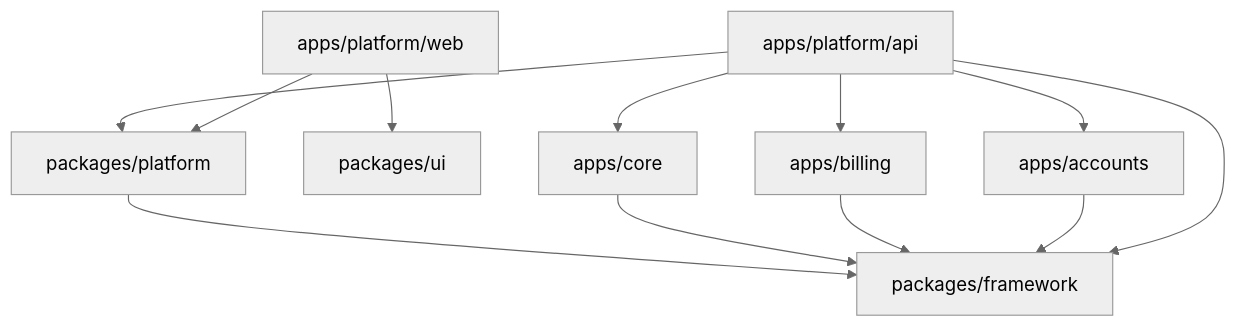
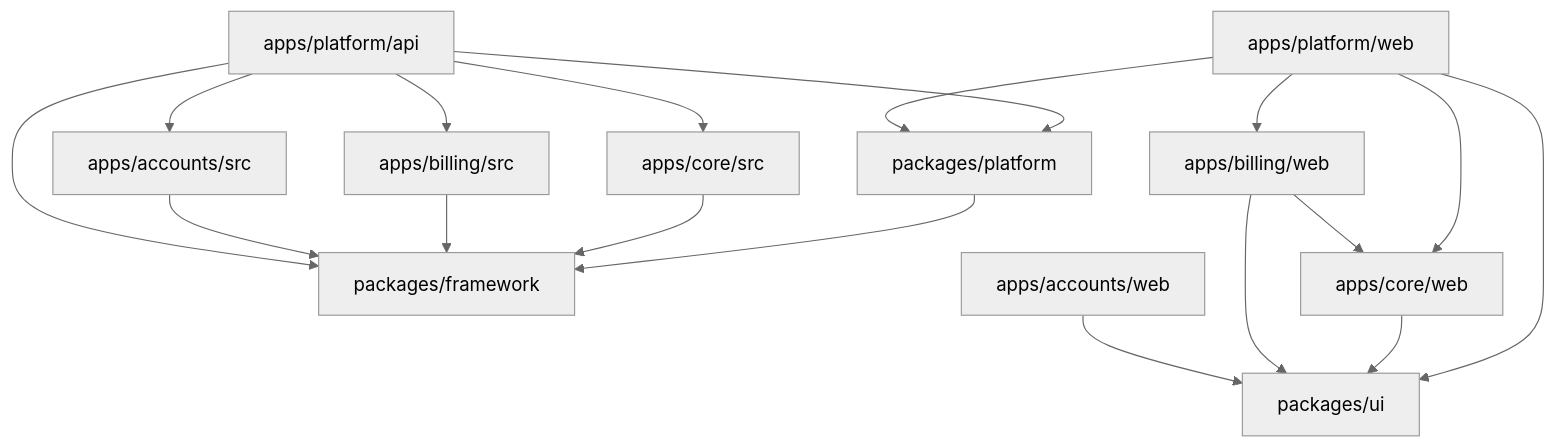
One commit to PREFIQ/codexsun-v2 changed the diagram in assist/architecture/module-boundaries.md. Above: the diagram before and after it, drawn with Mermaid (neutral theme). The commit also changed other lines of this file and 200 other files, not shown here.

````diff
--- a/assist/architecture/module-boundaries.md
+++ b/assist/architecture/module-boundaries.md
@@ -163,23 +241,32 @@
 ```mermaid
 graph TD
   framework[packages/framework]
   platform[packages/platform]
   ui[packages/ui]
-  core[apps/core]
-  billing[apps/billing]
-  accounts[apps/accounts]
+  core[apps/core/src]
+  coreweb[apps/core/web]
+  billing[apps/billing/src]
+  billingweb[apps/billing/web]
+  accounts[apps/accounts/src]
+  accountsweb[apps/accounts/web]
   api[apps/platform/api]
   web[apps/platform/web]
 
   platform --> framework
   core --> framework
   billing --> framework
   accounts --> framework
   api --> framework
   api --> platform
   api --> core
   api --> billing
   api --> accounts
   web --> platform
   web --> ui
+  web --> coreweb
+  web --> billingweb
+  coreweb --> ui
+  billingweb --> ui
+  billingweb --> coreweb
+  accountsweb --> ui
 ```
````
